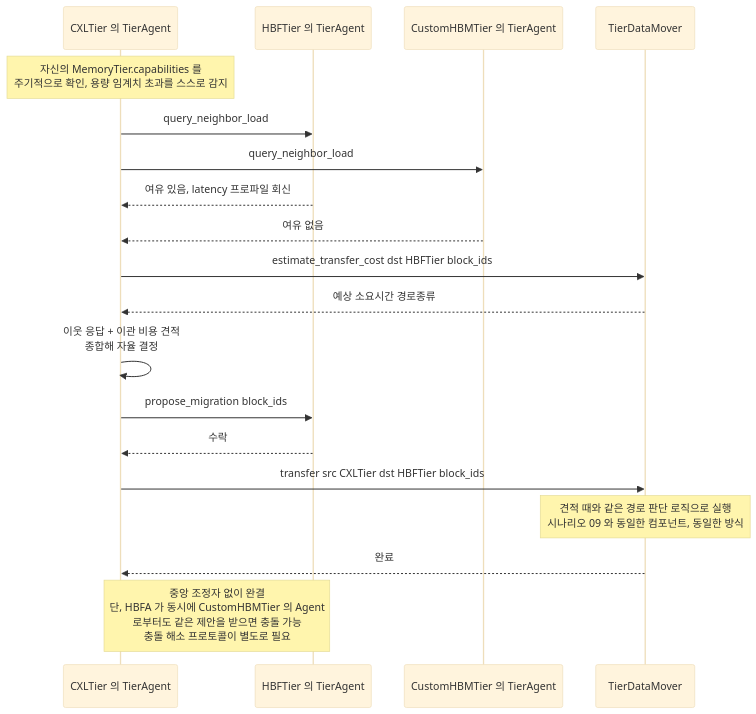
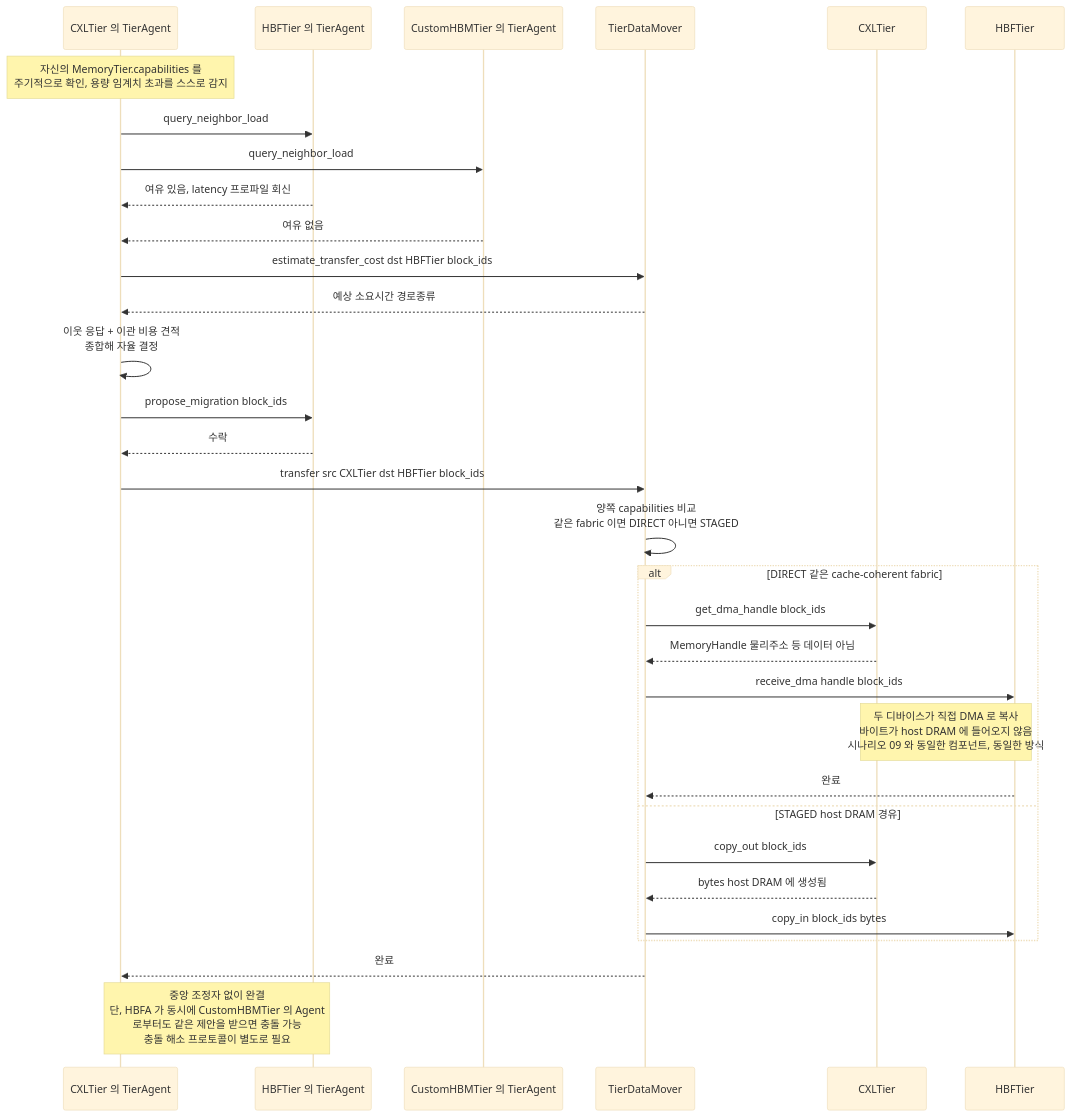
Before and after one commit to mkim0628/vllm: the diagram in doc-mk/scenarios/10-dp2-candidateB-distributed-migration.md, drawn with Mermaid (base theme). The commit also changed other lines of this file and 3 other files, not shown here.

````diff
--- a/doc-mk/scenarios/10-dp2-candidateB-distributed-migration.md
+++ b/doc-mk/scenarios/10-dp2-candidateB-distributed-migration.md
@@ -28,23 +30,36 @@
 ```mermaid
 sequenceDiagram
     participant CXLA as CXLTier 의 TierAgent
     participant HBFA as HBFTier 의 TierAgent
     participant CUSTOMA as CustomHBMTier 의 TierAgent
     participant MOVER as TierDataMover
+    participant CXLT as CXLTier
+    participant HBFT as HBFTier
 
     Note over CXLA: 자신의 MemoryTier.capabilities 를<br/>주기적으로 확인, 용량 임계치 초과를 스스로 감지
     CXLA->>HBFA: query_neighbor_load
     CXLA->>CUSTOMA: query_neighbor_load
     HBFA-->>CXLA: 여유 있음, latency 프로파일 회신
     CUSTOMA-->>CXLA: 여유 없음
     CXLA->>MOVER: estimate_transfer_cost dst HBFTier block_ids
     MOVER-->>CXLA: 예상 소요시간 경로종류
     CXLA->>CXLA: 이웃 응답 + 이관 비용 견적<br/>종합해 자율 결정
     CXLA->>HBFA: propose_migration block_ids
     HBFA-->>CXLA: 수락
     CXLA->>MOVER: transfer src CXLTier dst HBFTier block_ids
-    Note over MOVER: 견적 때와 같은 경로 판단 로직으로 실행<br/>시나리오 09 와 동일한 컴포넌트, 동일한 방식
+    MOVER->>MOVER: 양쪽 capabilities 비교<br/>같은 fabric 이면 DIRECT 아니면 STAGED
+    alt DIRECT 같은 cache-coherent fabric
+        MOVER->>CXLT: get_dma_handle block_ids
+        CXLT-->>MOVER: MemoryHandle 물리주소 등 데이터 아님
+        MOVER->>HBFT: receive_dma handle block_ids
+        Note over CXLT,HBFT: 두 디바이스가 직접 DMA 로 복사<br/>바이트가 host DRAM 에 들어오지 않음<br/>시나리오 09 와 동일한 컴포넌트, 동일한 방식
+        HBFT-->>MOVER: 완료
+    else STAGED host DRAM 경유
+        MOVER->>CXLT: copy_out block_ids
+        CXLT-->>MOVER: bytes host DRAM 에 생성됨
+        MOVER->>HBFT: copy_in block_ids bytes
+    end
     MOVER-->>CXLA: 완료
 
     Note over CXLA,HBFA: 중앙 조정자 없이 완결<br/>단, HBFA 가 동시에 CustomHBMTier 의 Agent<br/>로부터도 같은 제안을 받으면 충돌 가능<br/>충돌 해소 프로토콜이 별도로 필요
 ```
````
